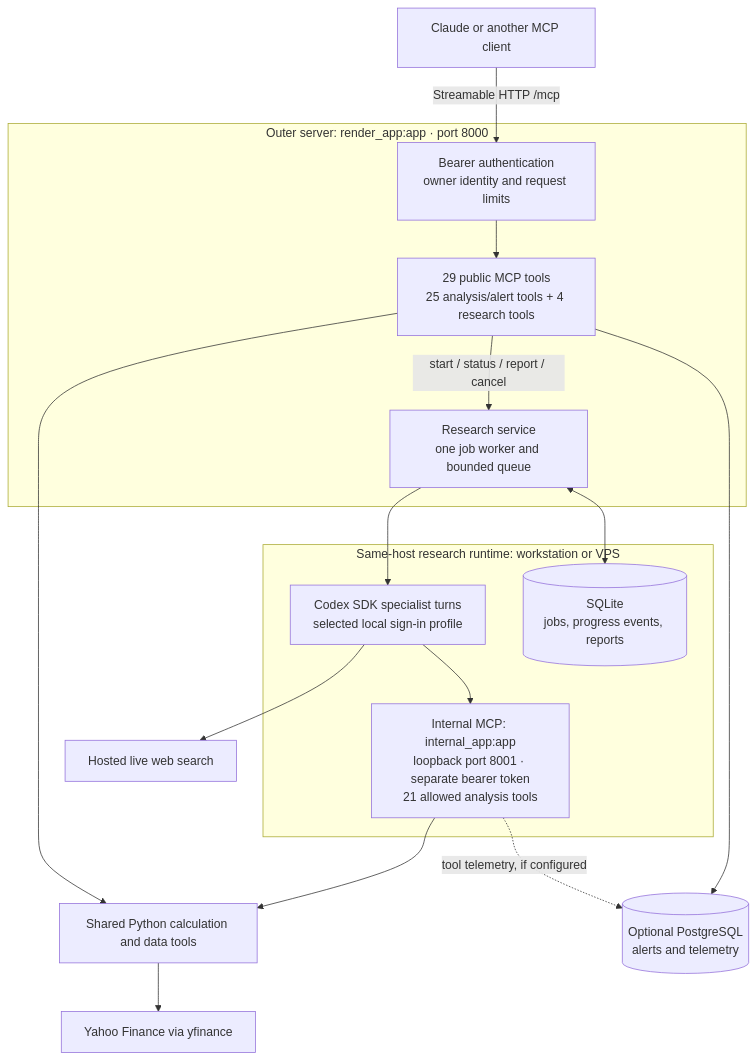
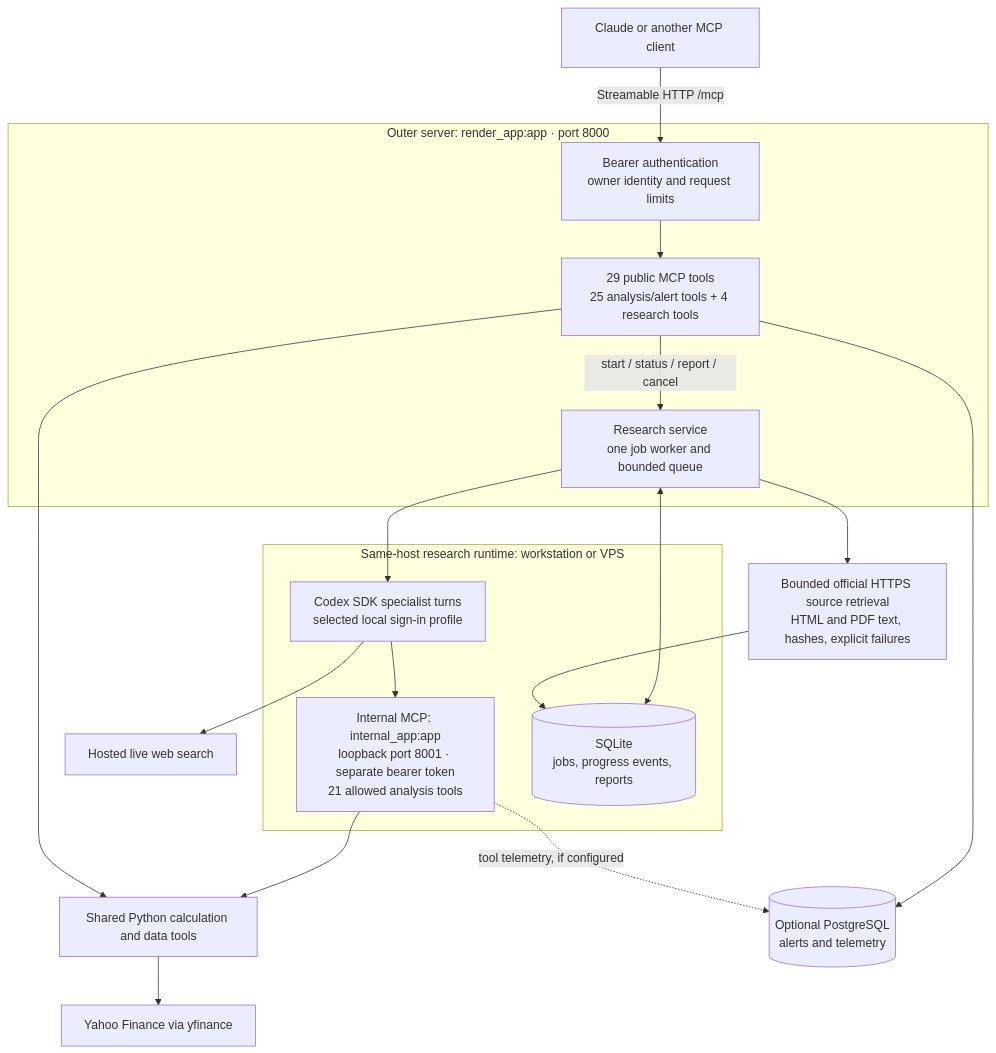
One commit to paarths-collab/quant-brain-mcp changed the first of 5 diagrams in docs/architecture.md. Above: the diagram before and after it, drawn with Mermaid. The commit also changed other lines of this file and 27 other files, not shown here.

````diff
--- a/docs/architecture.md
+++ b/docs/architecture.md
@@ -14,30 +14,32 @@
 ```mermaid
 flowchart TB
     Client["Claude or another MCP client"]
     subgraph Outer["Outer server: render_app:app · port 8000"]
         Auth["Bearer authentication<br/>owner identity and request limits"]
         Public["29 public MCP tools<br/>25 analysis/alert tools + 4 research tools"]
         Jobs["Research service<br/>one job worker and bounded queue"]
     end
     subgraph Local["Same-host research runtime: workstation or VPS"]
         Codex["Codex SDK specialist turns<br/>selected local sign-in profile"]
         Internal["Internal MCP: internal_app:app<br/>loopback port 8001 · separate bearer token<br/>21 allowed analysis tools"]
         SQLite[("SQLite<br/>jobs, progress events, reports")]
     end
     Calc["Shared Python calculation and data tools"]
     Yahoo["Yahoo Finance via yfinance"]
     Search["Hosted live web search"]
     PG[("Optional PostgreSQL<br/>alerts and telemetry")]
     Client -->|"Streamable HTTP /mcp"| Auth
     Auth --> Public
     Public -->|"start / status / report / cancel"| Jobs
     Jobs <--> SQLite
     Jobs --> Codex
+    Jobs --> Sources["Bounded official HTTPS source retrieval<br/>HTML and PDF text, hashes, explicit failures"]
+    Sources --> SQLite
     Codex --> Search
     Codex --> Internal
     Internal --> Calc
     Public --> Calc
     Calc --> Yahoo
     Public --> PG
     Internal -. "tool telemetry, if configured" .-> PG
 ```
````
